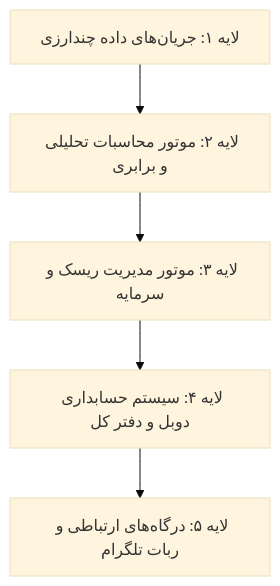
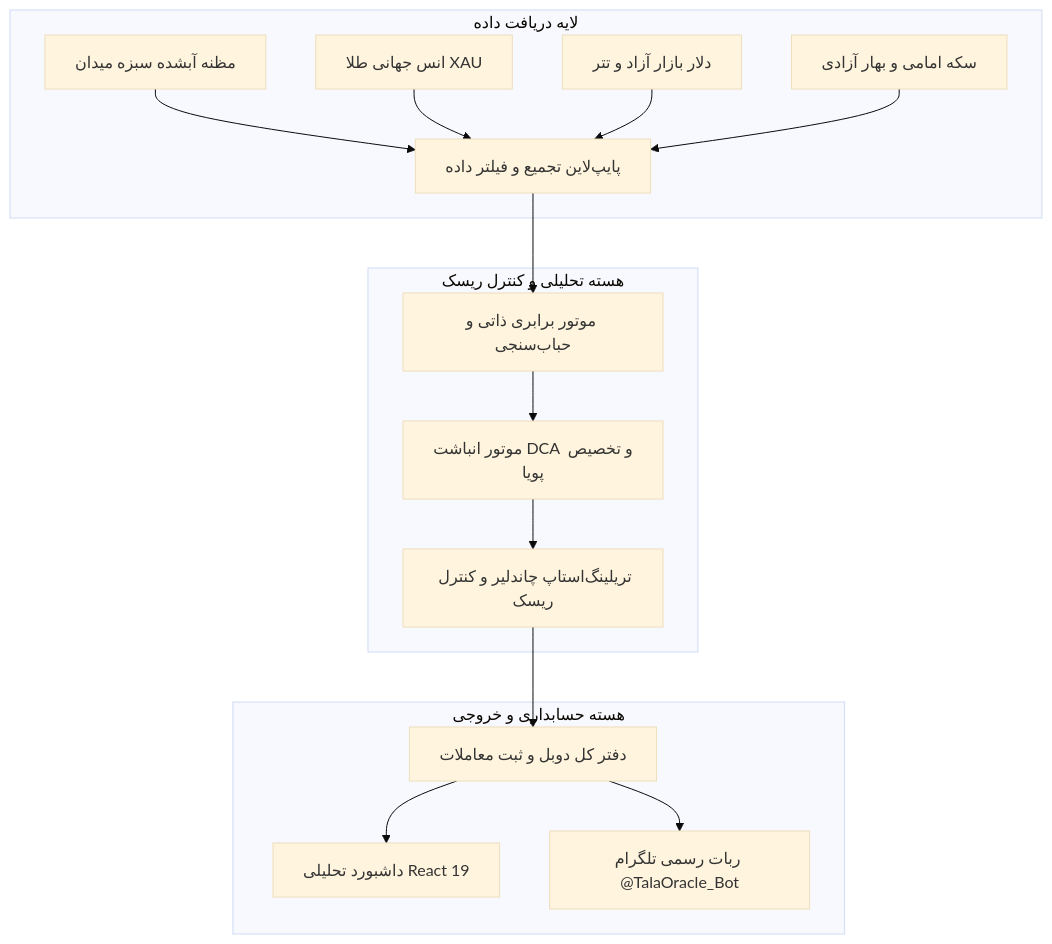
Before and after one commit to Shayan-Ganji/gold-dca-framework: the first of 2 diagrams in README.md, drawn with Mermaid (base theme). The commit also changed other lines of this file and 10 other files, not shown here.

````diff
--- a/README.md
+++ b/README.md
@@ -40,7 +83,21 @@
 ```mermaid
 graph TD
-    A[لایه ۱: جریان‌های داده چندارزی] --> B[لایه ۲: موتور محاسبات تحلیلی و برابری]
-    B --> C[لایه ۳: موتور مدیریت ریسک و سرمایه]
-    C --> D[لایه ۴: سیستم حسابداری دوبل و دفتر کل]
-    D --> E[لایه ۵: درگاه‌های ارتباطی و ربات تلگرام]
+    subgraph لایه دریافت داده
+        A1[مظنه آبشده سبزه میدان] --> A[پایپ‌لاین تجمیع و فیلتر داده]
+        A2[انس جهانی طلا XAU] --> A
+        A3[دلار بازار آزاد و تتر] --> A
+        A4[سکه امامی و بهار آزادی] --> A
+    end
+
+    subgraph هسته تحلیلی و کنترل ریسک
+        A --> B[موتور برابری ذاتی و حباب‌سنجی]
+        B --> C[موتور انباشت DCA و تخصیص پویا]
+        C --> D[تریلینگ‌استاپ چاندلیر و کنترل ریسک]
+    end
+
+    subgraph هسته حسابداری و خروجی
+        D --> E[دفتر کل دوبل و ثبت معاملات]
+        E --> F1[داشبورد تحلیلی React 19]
+        E --> F2[ربات رسمی تلگرام @TalaOracle_Bot]
+    end
 ```
````
